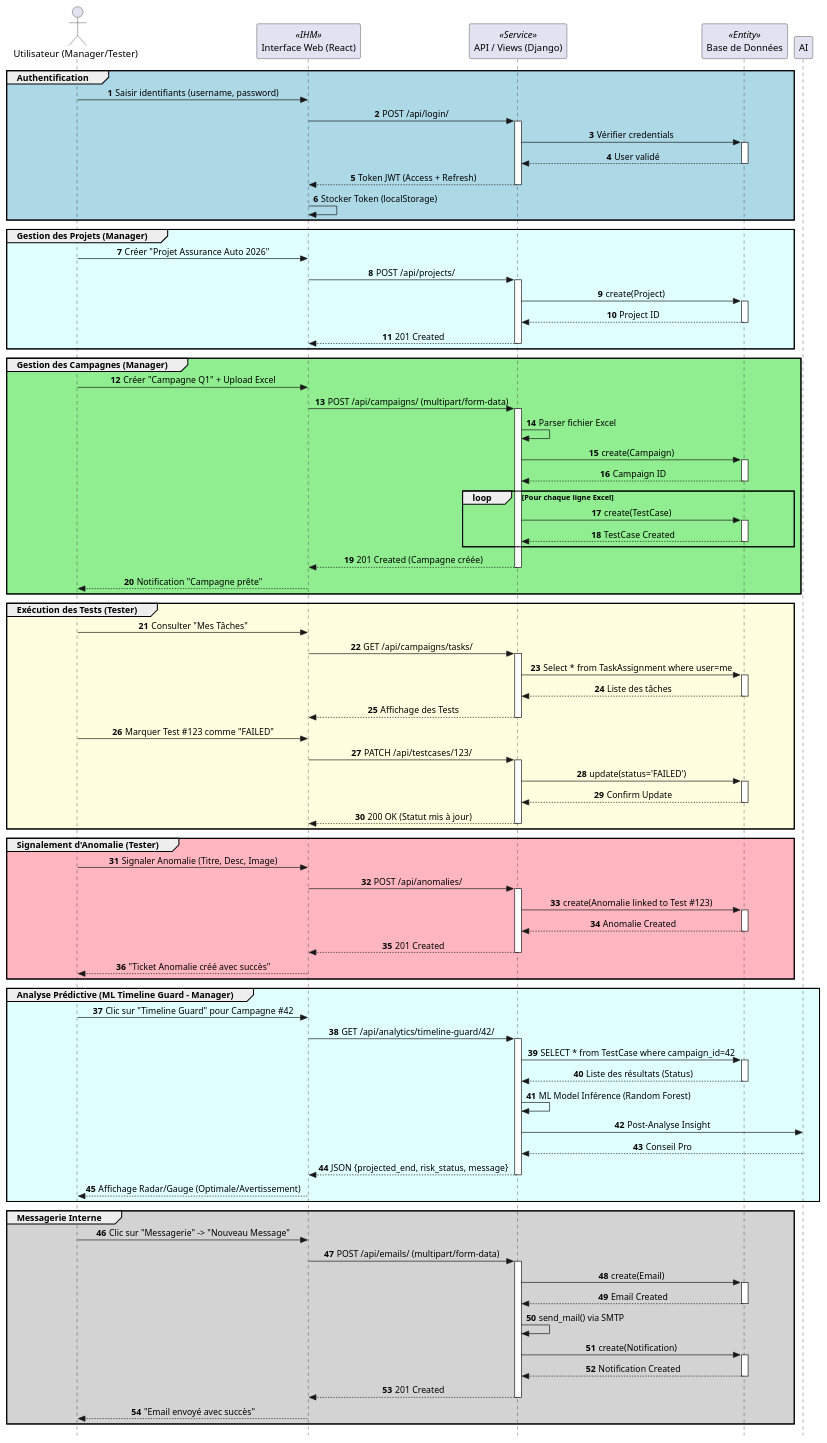
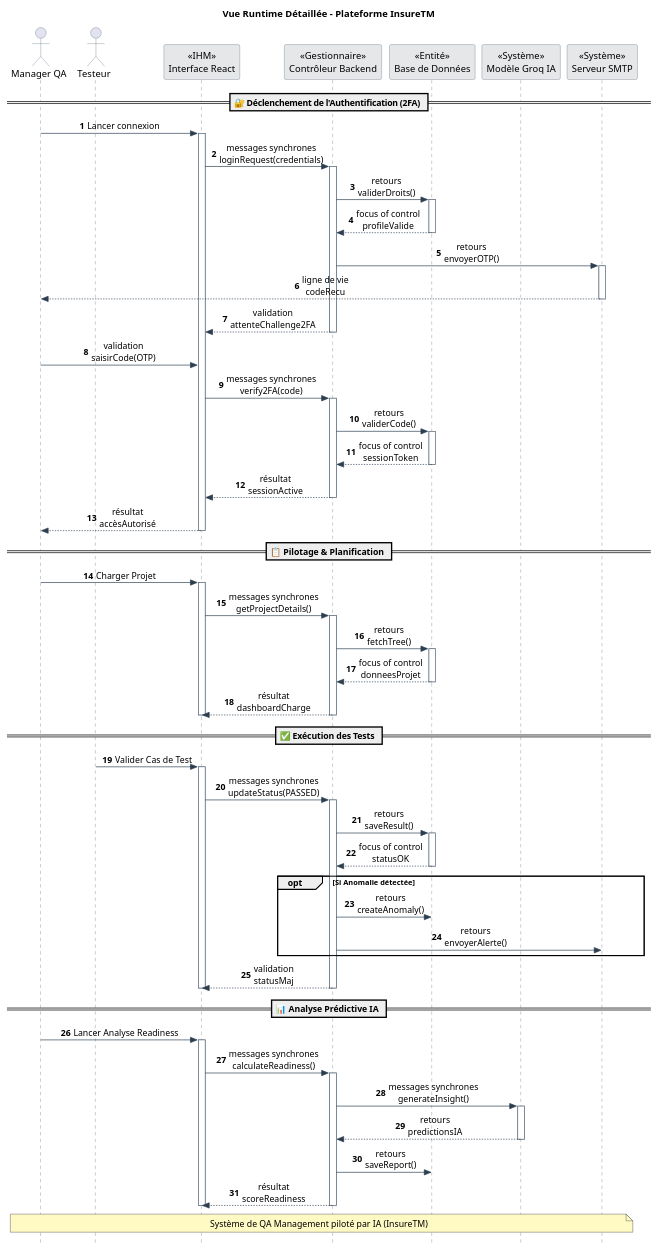
The diagram in InsureTM/diagrammes /global_sequence_diagram.puml (onsben19/Test-Management-Plateforme-LLoyd), drawn with PlantUML before and after one commit. The commit also changed 69 other files, not shown here.

```diff
--- a/InsureTM/diagrammes /global_sequence_diagram.puml
+++ b/InsureTM/diagrammes /global_sequence_diagram.puml
@@ -1,124 +1,112 @@
 @startuml
+
 autonumber
 skinparam style strictuml
 skinparam sequenceMessageAlign center
 
-actor "Utilisateur (Manager/Tester)" as User
-participant "Interface Web (React)" as UI <<IHM>>
-participant "API / Views (Django)" as API <<Service>>
-participant "Base de Données" as DB <<Entity>>
+' ===== DESIGN STYLE RÉFÉRENCE (CRUXHIRE) =====
+skinparam sequence {
+  ParticipantBackgroundColor #E5E7E9
+  ParticipantBorderColor #5D6D7E
+  LifeLineBorderColor #5D6D7E
+  ActorBorderColor #5D6D7E
+  ArrowColor #2C3E50
+  BoxBorderColor #AEB6BF
+}
 
-group #LightBlue Authentification
-    User -> UI: Saisir identifiants (username, password)
-    UI -> API: POST /api/login/
-    activate API
-    API -> DB: Vérifier credentials
-    activate DB
-    DB --> API: User validé
-    deactivate DB
-    API --> UI: Token JWT (Access + Refresh)
-    deactivate API
-    UI -> UI: Stocker Token (localStorage)
+' ===== PARTICIPANTS (RÉPÉTÉS EN HAUT ET BAS) =====
+actor "Manager QA" as M
+actor "Testeur"    as T
+participant "<<IHM>>\nInterface React"      as UI
+participant "<<Gestionnaire>>\nContrôleur Backend" as BE
+participant "<<Entité>>\nBase de Données"    as DB
+participant "<<Système>>\nModèle Groq IA"    as IA
+participant "<<Système>>\nServeur SMTP"       as SMTP
+
+title Vue Runtime Détaillée - Plateforme InsureTM
+
+== 🔐 Déclenchement de l'Authentification (2FA) ==
+
+M -> UI : Lancer connexion
+activate UI
+UI -> BE : messages synchrones\nloginRequest(credentials)
+activate BE
+BE -> DB : retours\nvaliderDroits()
+activate DB
+DB --> BE : focus of control\nprofileValide
+deactivate DB
+
+BE -> SMTP : retours\nenvoyerOTP()
+activate SMTP
+SMTP --> M : ligne de vie\ncodeRecu
+deactivate SMTP
+
+BE --> UI : validation\nattenteChallenge2FA
+deactivate BE
+
+M -> UI : validation\nsaisirCode(OTP)
+UI -> BE : messages synchrones\nverify2FA(code)
+activate BE
+BE -> DB : retours\nvaliderCode()
+activate DB
+DB --> BE : focus of control\nsessionToken
+deactivate DB
+BE --> UI : résultat\nsessionActive
+deactivate BE
+UI --> M : résultat\naccèsAutorisé
+deactivate UI
+
+== 📋 Pilotage & Planification ==
+
+M -> UI : Charger Projet
+activate UI
+UI -> BE : messages synchrones\ngetProjectDetails()
+activate BE
+BE -> DB : retours\nfetchTree()
+activate DB
+DB --> BE : focus of control\ndonneesProjet
+deactivate DB
+BE --> UI : résultat\ndashboardCharge
+deactivate BE
+deactivate UI
+
+== ✅ Exécution des Tests ==
+
+T -> UI : Valider Cas de Test
+activate UI
+UI -> BE : messages synchrones\nupdateStatus(PASSED)
+activate BE
+BE -> DB : retours\nsaveResult()
+activate DB
+DB --> BE : focus of control\nstatusOK
+deactivate DB
+
+opt Si Anomalie détectée
+BE -> DB : retours\ncreateAnomaly()
+BE -> SMTP : retours\nenvoyerAlerte()
 end
 
-group #LightCyan Gestion des Projets (Manager)
-    User -> UI: Créer "Projet Assurance Auto 2026"
-    UI -> API: POST /api/projects/
-    activate API
-    API -> DB: create(Project)
-    activate DB
-    DB --> API: Project ID
-    deactivate DB
-    API --> UI: 201 Created
-    deactivate API
-end
+BE --> UI : validation\nstatusMaj
+deactivate BE
+deactivate UI
 
-group #LightGreen Gestion des Campagnes (Manager)
-    User -> UI: Créer "Campagne Q1" + Upload Excel
-    UI -> API: POST /api/campaigns/ (multipart/form-data)
-    activate API
-    API -> API: Parser fichier Excel
-    API -> DB: create(Campaign)
-    activate DB
-    DB --> API: Campaign ID
-    deactivate DB
-    loop Pour chaque ligne Excel
-        API -> DB: create(TestCase)
-        activate DB
-        DB --> API: TestCase Created
-        deactivate DB
-    end
-    API --> UI: 201 Created (Campagne créée)
-    deactivate API
-    UI --> User: Notification "Campagne prête"
-end
+== 📊 Analyse Prédictive IA ==
 
-group #LightYellow Exécution des Tests (Tester)
-    User -> UI: Consulter "Mes Tâches"
-    UI -> API: GET /api/campaigns/tasks/
-    activate API
-    API -> DB: Select * from TaskAssignment where user=me
-    activate DB
-    DB --> API: Liste des tâches
-    deactivate DB
-    API --> UI: Affichage des Tests
-    deactivate API
-    
-    User -> UI: Marquer Test #123 comme "FAILED"
-    UI -> API: PATCH /api/testcases/123/
-    activate API
-    API -> DB: update(status='FAILED')
-    activate DB
-    DB --> API: Confirm Update
-    deactivate DB
-    API --> UI: 200 OK (Statut mis à jour)
-    deactivate API
-end
+M -> UI : Lancer Analyse Readiness
+activate UI
+UI -> BE : messages synchrones\ncalculateReadiness()
+activate BE
+BE -> IA : messages synchrones\ngenerateInsight()
+activate IA
+IA --> BE : retours\npredictionsIA
+deactivate IA
+BE -> DB : retours\nsaveReport()
+BE --> UI : résultat\nscoreReadiness
+deactivate BE
+deactivate UI
 
-group #LightPink Signalement d'Anomalie (Tester)
-    User -> UI: Signaler Anomalie (Titre, Desc, Image)
-    UI -> API: POST /api/anomalies/
-    activate API
-    API -> DB: create(Anomalie linked to Test #123)
-    activate DB
-    DB --> API: Anomalie Created
-    deactivate DB
-    API --> UI: 201 Created
-    deactivate API
-    UI --> User: "Ticket Anomalie créé avec succès"
-end
-
-group #LightCyan Analyse Prédictive (ML Timeline Guard - Manager)
-    User -> UI: Clic sur "Timeline Guard" pour Campagne #42
-    UI -> API: GET /api/analytics/timeline-guard/42/
-    activate API
-    API -> DB: SELECT * from TestCase where campaign_id=42
-    activate DB
-    DB --> API: Liste des résultats (Status)
-    deactivate DB
-    API -> API: ML Model Inférence (Random Forest)
-    API -> AI: Post-Analyse Insight
-    AI --> API: Conseil Pro
-    API --> UI: JSON {projected_end, risk_status, message}
-    deactivate API
-    UI --> User: Affichage Radar/Gauge (Optimale/Avertissement)
-end
-group #LightGray Messagerie Interne
-    User -> UI: Clic sur "Messagerie" -> "Nouveau Message"
-    UI -> API: POST /api/emails/ (multipart/form-data)
-    activate API
-    API -> DB: create(Email)
-    activate DB
-    DB --> API: Email Created
-    deactivate DB
-    API -> API: send_mail() via SMTP
-    API -> DB: create(Notification)
-    activate DB
-    DB --> API: Notification Created
-    deactivate DB
-    API --> UI: 201 Created
-    deactivate API
-    UI --> User: "Email envoyé avec succès"
-end
+note over M, SMTP #FFF9C4
+  Système de QA Management piloté par IA (InsureTM)
+end note
 
 @enduml
```
